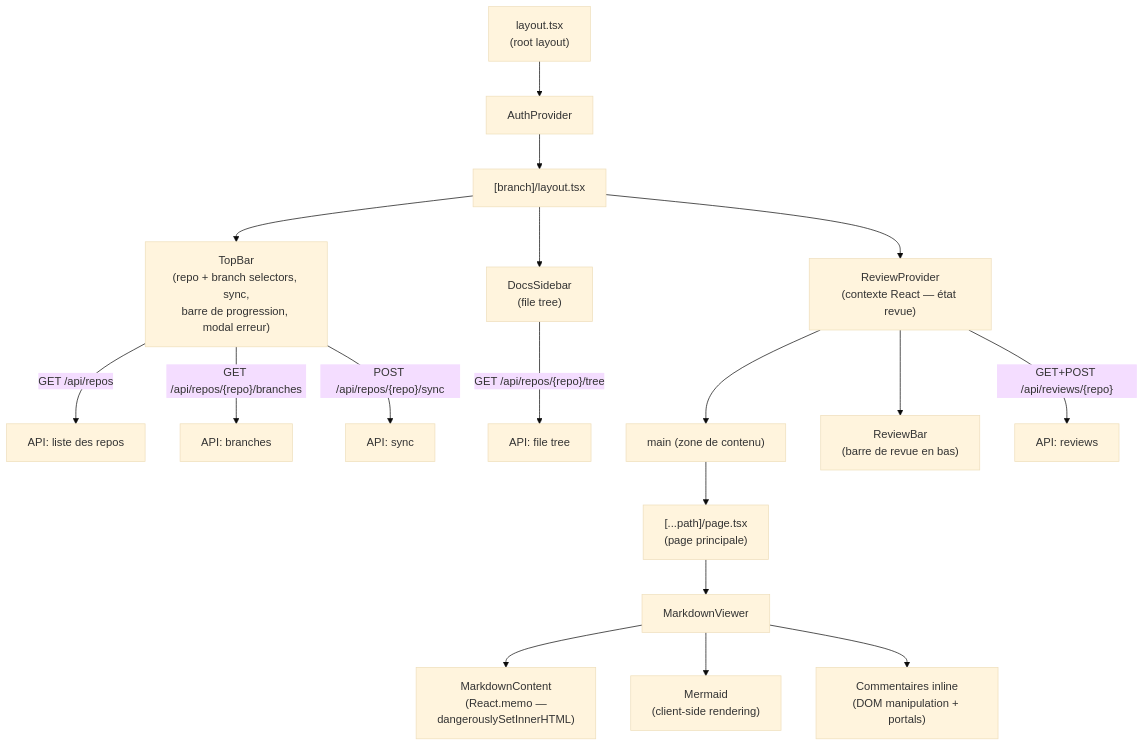
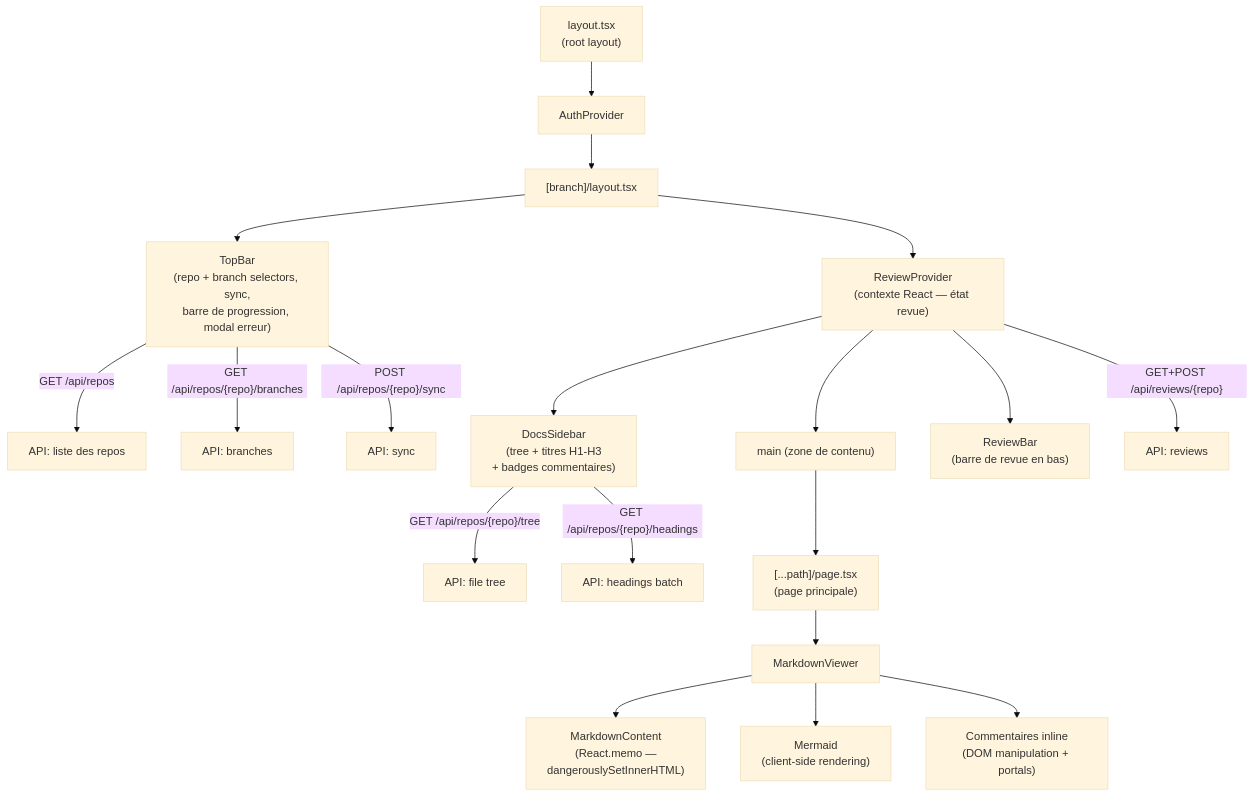
The third of 7 diagrams in docs/architecture.md (francois76/docsHub), drawn with Mermaid (base theme) before and after one commit. The commit also changed other lines of this file and 7 other files, not shown here.

````diff
--- a/docs/architecture.md
+++ b/docs/architecture.md
@@ -91,23 +92,24 @@
 ```mermaid
 graph TD
     LP["layout.tsx\n(root layout)"] --> AP["AuthProvider"]
     AP --> BL["[branch]/layout.tsx"]
     BL --> TB["TopBar\n(repo + branch selectors, sync,\nbarre de progression, modal erreur)"]
-    BL --> DS["DocsSidebar\n(file tree)"]
     BL --> RP["ReviewProvider\n(contexte React — état revue)"]
 
+    RP --> DS["DocsSidebar\n(tree + titres H1-H3\n+ badges commentaires)"]
     RP --> MAIN["main (zone de contenu)"]
     RP --> RB["ReviewBar\n(barre de revue en bas)"]
 
     MAIN --> CP["[...path]/page.tsx\n(page principale)"]
     CP --> MV["MarkdownViewer"]
     MV --> MC["MarkdownContent\n(React.memo —\ndangerouslySetInnerHTML)"]
     MV --> MMD["Mermaid\n(client-side rendering)"]
     MV --> IC["Commentaires inline\n(DOM manipulation + portals)"]
 
     TB -->|GET /api/repos| API1["API: liste des repos"]
     TB -->|"GET /api/repos/{repo}/branches"| API2["API: branches"]
     TB -->|"POST /api/repos/{repo}/sync"| API3["API: sync"]
     DS -->|"GET /api/repos/{repo}/tree"| API4["API: file tree"]
+    DS -->|"GET /api/repos/{repo}/headings"| API6["API: headings batch"]
     RP -->|"GET+POST /api/reviews/{repo}"| API5["API: reviews"]
 ```
````
